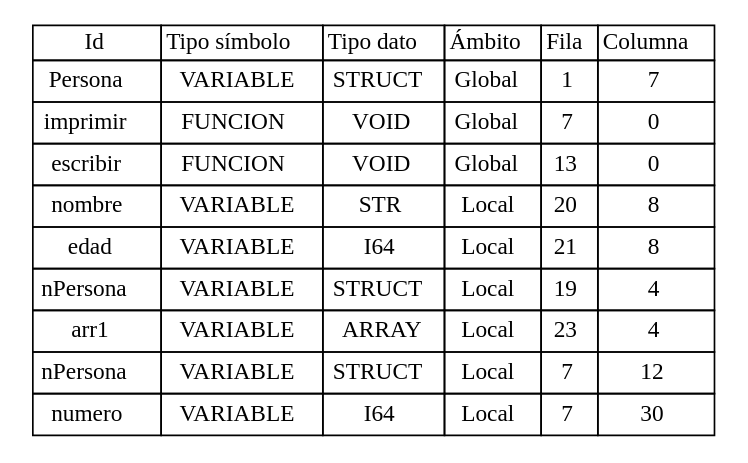
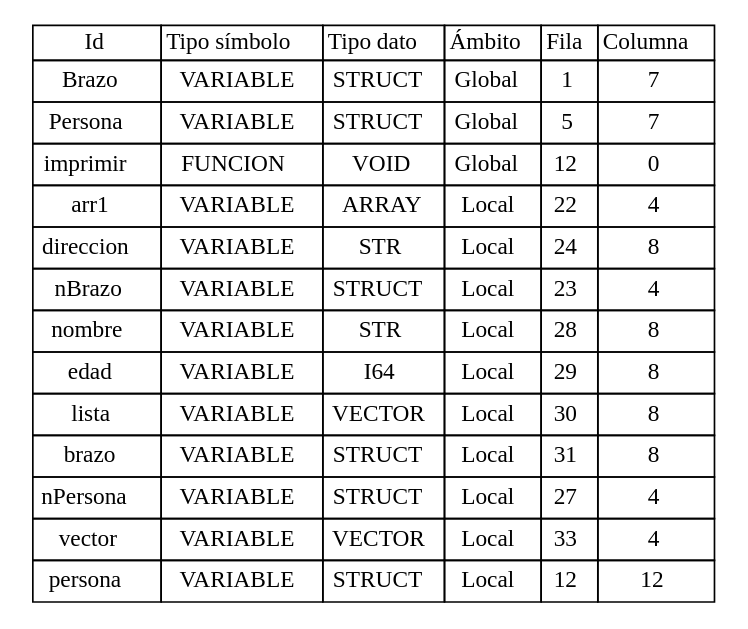
One commit to Jodyannre/COMPI2_proyecto2_2022 changed the diagram in Back/Web/tablas/tablaSimbolos.dot. Above: the diagram before and after it, drawn with Graphviz. The commit also changed 13 other files, not shown here.

```diff
--- a/Back/Web/tablas/tablaSimbolos.dot
+++ b/Back/Web/tablas/tablaSimbolos.dot
@@ -15,7 +15,7 @@
 	
 <tr>
 <td cellpadding='4'>
-Persona
+Brazo
 </td>
 <td cellpadding='4'>VARIABLE
 </td>
@@ -33,6 +33,24 @@
 
 <tr>
 <td cellpadding='4'>
+Persona
+</td>
+<td cellpadding='4'>VARIABLE
+</td>
+<td cellpadding='4'>STRUCT
+</td>
+<td cellpadding='4'>Global
+</td>
+<td cellpadding='4'>
+5
+</td>
+<td cellpadding='4'>
+7
+</td>
+</tr>
+
+<tr>
+<td cellpadding='4'>
 imprimir
 </td>
 <td cellpadding='4'>FUNCION
@@ -42,7 +60,7 @@
 <td cellpadding='4'>Global
 </td>
 <td cellpadding='4'>
-7
+12
 </td>
 <td cellpadding='4'>
 0
@@ -51,19 +69,55 @@
 
 <tr>
 <td cellpadding='4'>
-escribir
+arr1
 </td>
-<td cellpadding='4'>FUNCION
+<td cellpadding='4'>VARIABLE
 </td>
-<td cellpadding='4'>VOID
+<td cellpadding='4'>ARRAY
 </td>
-<td cellpadding='4'>Global
+<td cellpadding='4'>Local
 </td>
 <td cellpadding='4'>
-13
+22
 </td>
 <td cellpadding='4'>
-0
+4
+</td>
+</tr>
+
+<tr>
+<td cellpadding='4'>
+direccion
+</td>
+<td cellpadding='4'>VARIABLE
+</td>
+<td cellpadding='4'>STR
+</td>
+<td cellpadding='4'>Local
+</td>
+<td cellpadding='4'>
+24
+</td>
+<td cellpadding='4'>
+8
+</td>
+</tr>
+
+<tr>
+<td cellpadding='4'>
+nBrazo
+</td>
+<td cellpadding='4'>VARIABLE
+</td>
+<td cellpadding='4'>STRUCT
+</td>
+<td cellpadding='4'>Local
+</td>
+<td cellpadding='4'>
+23
+</td>
+<td cellpadding='4'>
+4
 </td>
 </tr>
 
@@ -78,7 +132,7 @@
 <td cellpadding='4'>Local
 </td>
 <td cellpadding='4'>
-20
+28
 </td>
 <td cellpadding='4'>
 8
@@ -96,7 +150,43 @@
 <td cellpadding='4'>Local
 </td>
 <td cellpadding='4'>
-21
+29
+</td>
+<td cellpadding='4'>
+8
+</td>
+</tr>
+
+<tr>
+<td cellpadding='4'>
+lista
+</td>
+<td cellpadding='4'>VARIABLE
+</td>
+<td cellpadding='4'>VECTOR
+</td>
+<td cellpadding='4'>Local
+</td>
+<td cellpadding='4'>
+30
+</td>
+<td cellpadding='4'>
+8
+</td>
+</tr>
+
+<tr>
+<td cellpadding='4'>
+brazo
+</td>
+<td cellpadding='4'>VARIABLE
+</td>
+<td cellpadding='4'>STRUCT
+</td>
+<td cellpadding='4'>Local
+</td>
+<td cellpadding='4'>
+31
 </td>
 <td cellpadding='4'>
 8
@@ -114,7 +204,7 @@
 <td cellpadding='4'>Local
 </td>
 <td cellpadding='4'>
-19
+27
 </td>
 <td cellpadding='4'>
 4
@@ -123,16 +213,16 @@
 
 <tr>
 <td cellpadding='4'>
-arr1
+vector
 </td>
 <td cellpadding='4'>VARIABLE
 </td>
-<td cellpadding='4'>ARRAY
+<td cellpadding='4'>VECTOR
 </td>
 <td cellpadding='4'>Local
 </td>
 <td cellpadding='4'>
-23
+33
 </td>
 <td cellpadding='4'>
 4
@@ -141,7 +231,7 @@
 
 <tr>
 <td cellpadding='4'>
-nPersona
+persona
 </td>
 <td cellpadding='4'>VARIABLE
 </td>
@@ -150,31 +240,13 @@
 <td cellpadding='4'>Local
 </td>
 <td cellpadding='4'>
-7
+12
 </td>
 <td cellpadding='4'>
 12
 </td>
 </tr>
 
-<tr>
-<td cellpadding='4'>
-numero
-</td>
-<td cellpadding='4'>VARIABLE
-</td>
-<td cellpadding='4'>I64
-</td>
-<td cellpadding='4'>Local
-</td>
-<td cellpadding='4'>
-7
-</td>
-<td cellpadding='4'>
-30
-</td>
-</tr>
-
 		</table>
 		>];
 	}
```
